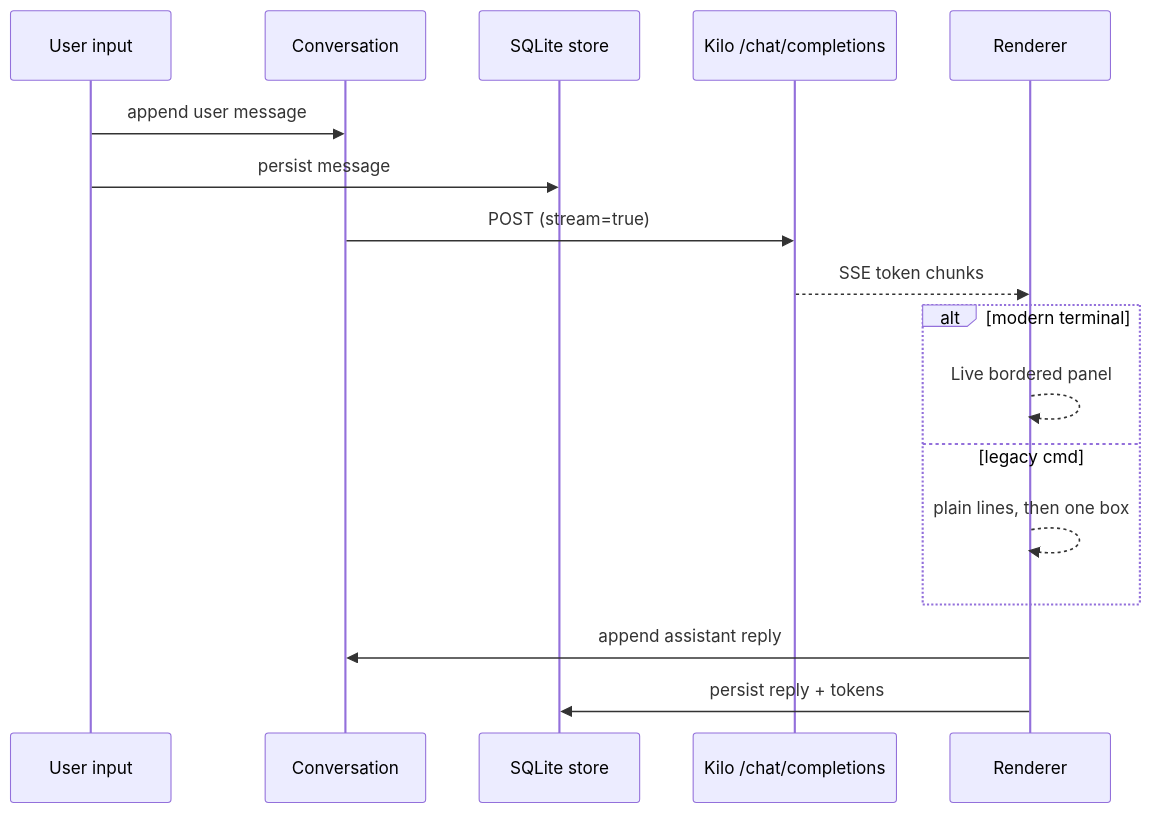
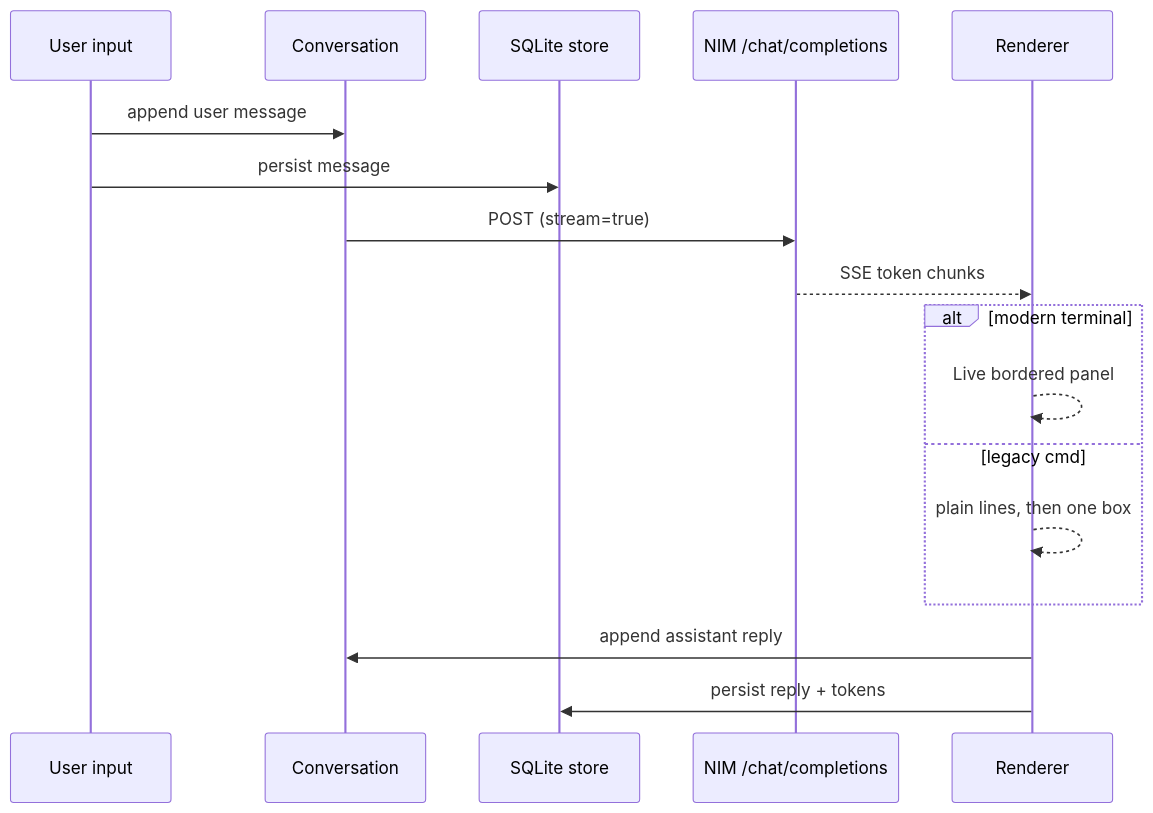
The second of 3 diagrams in README.md (akyourowngames/A.N.K.I.T.A), drawn with Mermaid before and after one commit. The commit also changed other lines of this file and 38 other files, not shown here.

````diff
--- a/README.md
+++ b/README.md
@@ -201,19 +201,19 @@
 ```mermaid
 sequenceDiagram
     participant U as User input
     participant C as Conversation
     participant S as SQLite store
-    participant K as Kilo /chat/completions
+    participant K as NIM /chat/completions
     participant R as Renderer
     U->>C: append user message
     U->>S: persist message
     C->>K: POST (stream=true)
     K-->>R: SSE token chunks
     alt modern terminal
         R-->>R: Live bordered panel
     else legacy cmd
         R-->>R: plain lines, then one box
     end
     R->>C: append assistant reply
     R->>S: persist reply + tokens
 ```
````
